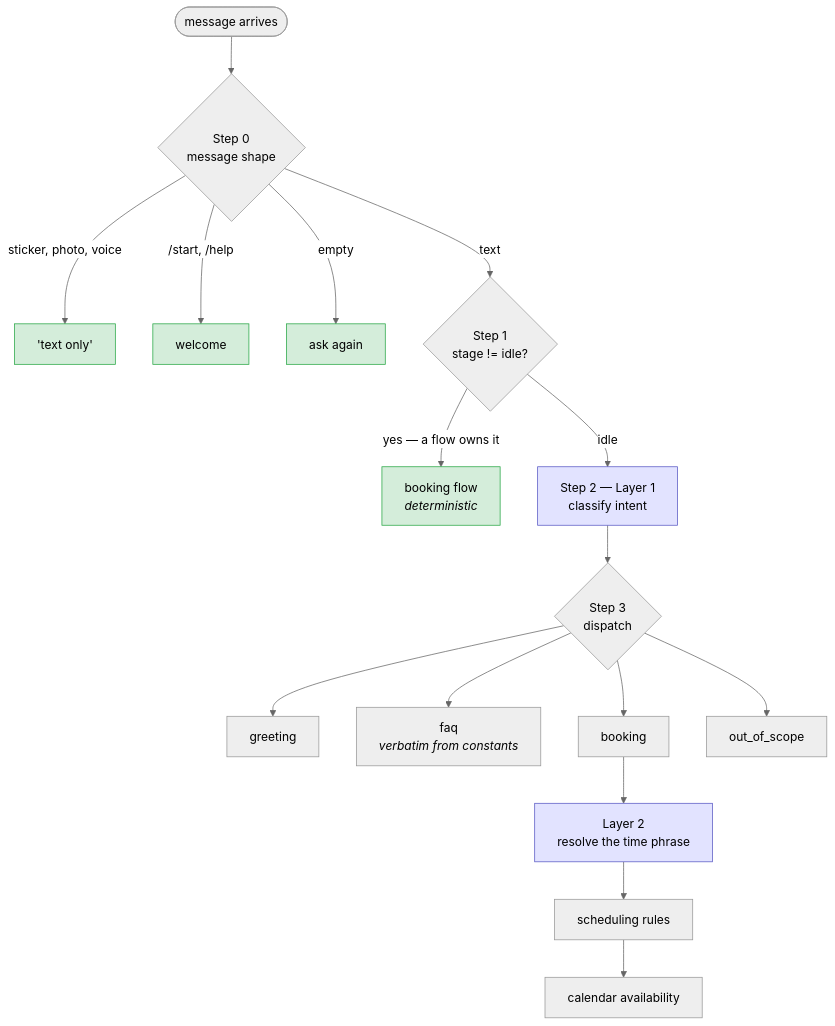
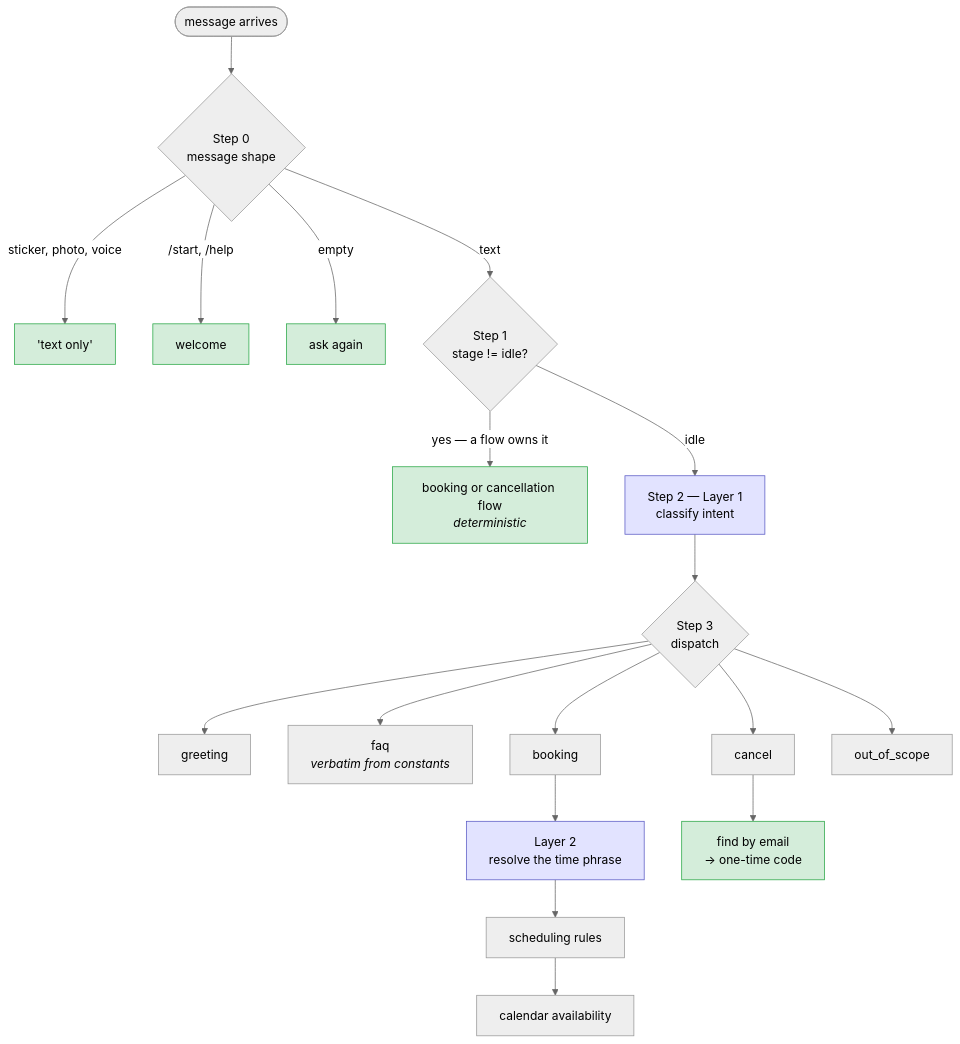
One commit to 0DevDutt0/BrightCare-Clinic-Bot changed the second of 9 diagrams in README.md. Above: the diagram before and after it, drawn with Mermaid (neutral theme). The commit also changed other lines of this file and 20 other files, not shown here.

````diff
--- a/README.md
+++ b/README.md
@@ -87,28 +112,31 @@
 ```mermaid
 flowchart TD
     M([message arrives]) --> S0{"Step 0<br/>message shape"}
     S0 -->|sticker, photo, voice| A1["'text only'"]
     S0 -->|/start, /help| A2[welcome]
     S0 -->|empty| A3[ask again]
     S0 -->|text| S1{"Step 1<br/>stage != idle?"}
 
-    S1 -->|"yes — a flow owns it"| F["booking flow<br/><i>deterministic</i>"]
+    S1 -->|"yes — a flow owns it"| F["booking or cancellation flow<br/><i>deterministic</i>"]
     S1 -->|idle| S2["Step 2 — Layer 1<br/>classify intent"]
 
     S2 --> S3{"Step 3<br/>dispatch"}
     S3 --> G[greeting]
     S3 --> Q["faq<br/><i>verbatim from constants</i>"]
     S3 --> B["booking"]
+    S3 --> N["cancel"]
     S3 --> X[out_of_scope]
 
     B --> L2["Layer 2<br/>resolve the time phrase"]
     L2 --> V["scheduling rules"]
     V --> CAL["calendar availability"]
+    N --> LK["find by email<br/>→ one-time code"]
 
     style A1 fill:#d4edda,stroke:#28a745,color:#000
     style A2 fill:#d4edda,stroke:#28a745,color:#000
     style A3 fill:#d4edda,stroke:#28a745,color:#000
     style F fill:#d4edda,stroke:#28a745,color:#000
+    style LK fill:#d4edda,stroke:#28a745,color:#000
     style S2 fill:#e2e3ff,stroke:#5a5ac4,color:#000
     style L2 fill:#e2e3ff,stroke:#5a5ac4,color:#000
 ```
````
